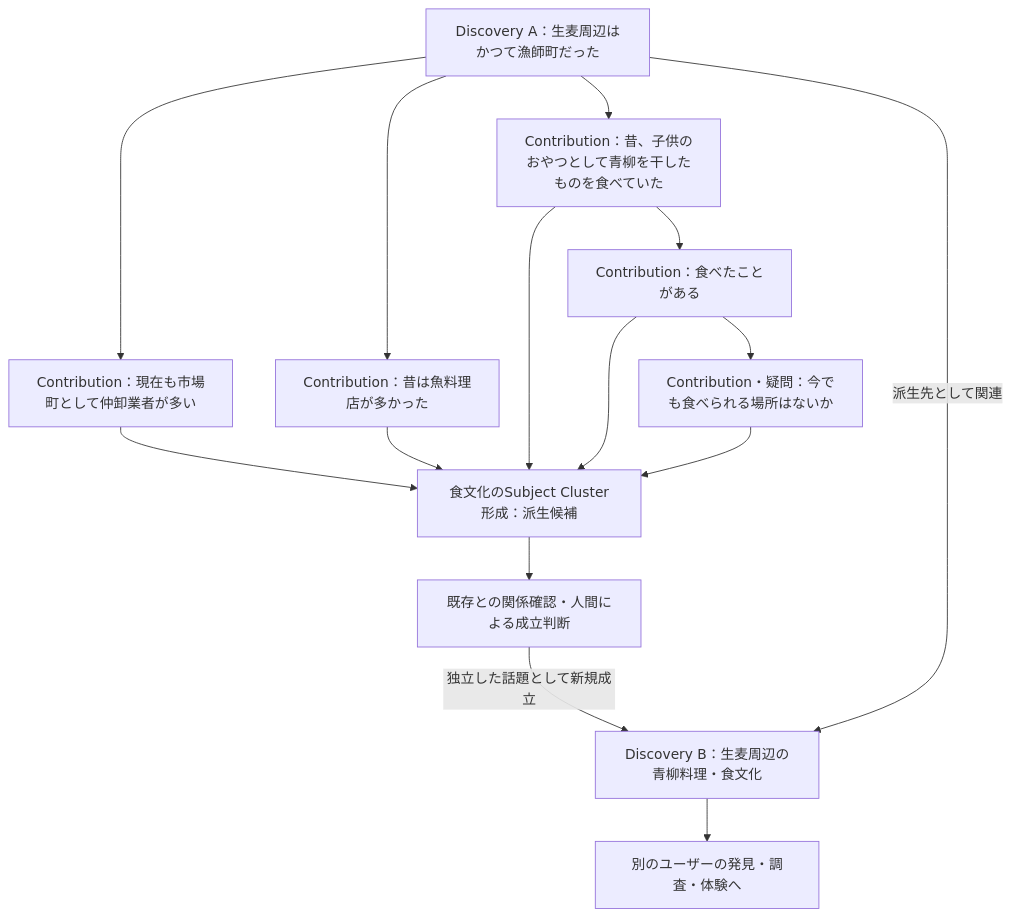
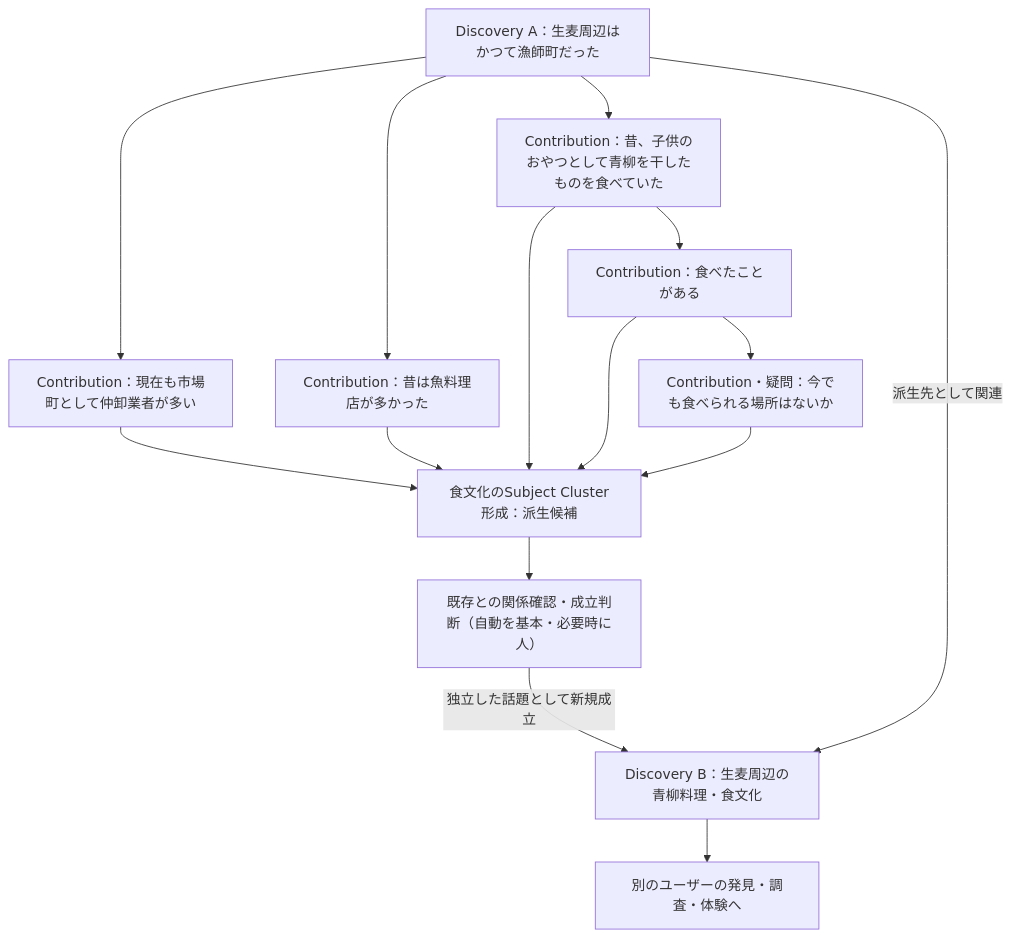
One commit to ex-day/platform changed the fourth of 6 diagrams in docs/ex-day_domain_model.md. Above: the diagram before and after it, drawn with Mermaid. The commit also changed other lines of this file and 2 other files, not shown here.

````diff
--- a/docs/ex-day_domain_model.md
+++ b/docs/ex-day_domain_model.md
@@ -450,27 +468,27 @@
 ```mermaid
 flowchart TD
     A["Discovery A：生麦周辺はかつて漁師町だった"]
     C1["Contribution：現在も市場町として仲卸業者が多い"]
     C2["Contribution：昔は魚料理店が多かった"]
     C3["Contribution：昔、子供のおやつとして青柳を干したものを食べていた"]
     C4["Contribution：食べたことがある"]
     C5["Contribution・疑問：今でも食べられる場所はないか"]
     F["食文化のSubject Cluster形成：派生候補"]
-    J["既存との関係確認・人間による成立判断"]
+    J["既存との関係確認・成立判断（自動を基本・必要時に人）"]
     B["Discovery B：生麦周辺の青柳料理・食文化"]
     E["別のユーザーの発見・調査・体験へ"]
     A --> C1
     A --> C2
     A --> C3
     C3 --> C4
     C4 --> C5
     C1 --> F
     C2 --> F
     C3 --> F
     C4 --> F
     C5 --> F
     F --> J
     J -->|独立した話題として新規成立| B
     A -->|派生先として関連| B
     B --> E
 ```
````
